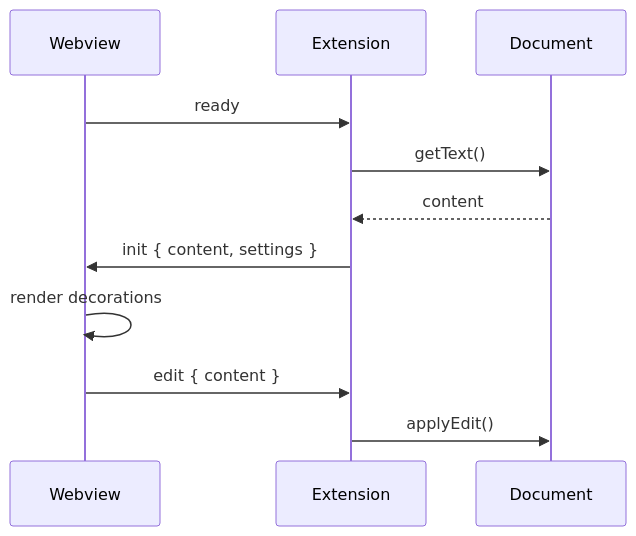
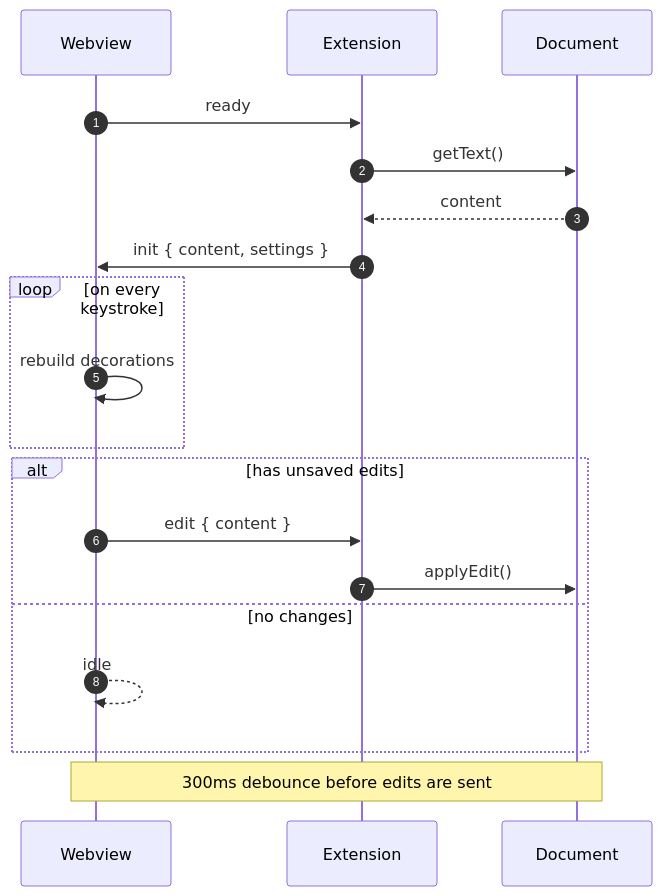
Before and after one commit to trenaryja/extensions: the second of 18 diagrams in packages/markdown-live/test-mermaid.md, drawn with Mermaid. The commit also changed other lines of this file, not shown here.

First line of the commit message:
test(markdown-live): expand mermaid fixture to 18 diagram types

````diff
--- a/packages/markdown-live/test-mermaid.md
+++ b/packages/markdown-live/test-mermaid.md
@@ -21,13 +33,21 @@
 ```mermaid
 sequenceDiagram
+    autonumber
     participant W as Webview
     participant E as Extension
     participant D as Document
     W->>E: ready
     E->>D: getText()
     D-->>E: content
     E->>W: init { content, settings }
-    W->>W: render decorations
-    W->>E: edit { content }
-    E->>D: applyEdit()
+    loop on every keystroke
+        W->>W: rebuild decorations
+    end
+    alt has unsaved edits
+        W->>E: edit { content }
+        E->>D: applyEdit()
+    else no changes
+        W-->>W: idle
+    end
+    Note over W,D: 300ms debounce before edits are sent
 ```
````
